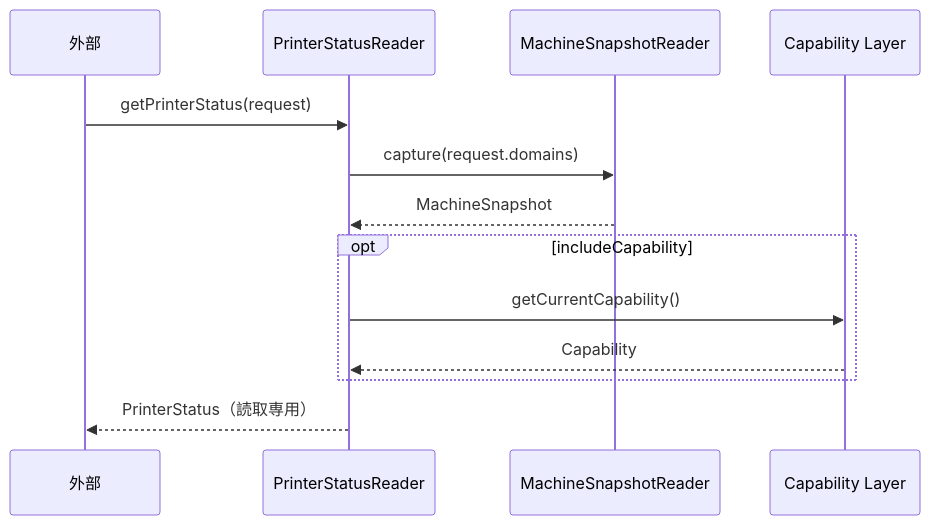
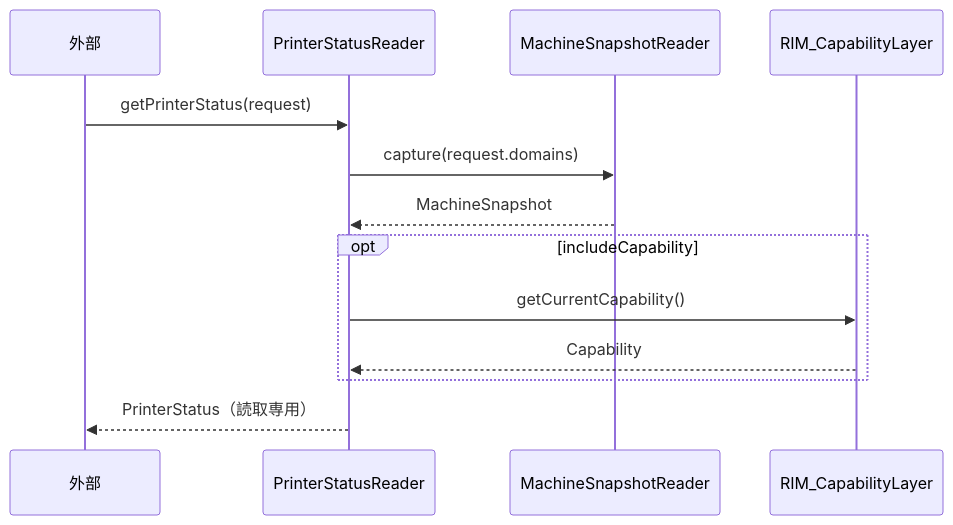
One commit to ceedling-vxworks-test-generator/printer-fw changed the second of 2 diagrams in ex/Accessor/AccessorLayer詳細設計書.md. Above: the diagram before and after it, drawn with Mermaid. The commit also changed other lines of this file and 34 other files, not shown here.

````diff
--- a/ex/Accessor/AccessorLayer詳細設計書.md
+++ b/ex/Accessor/AccessorLayer詳細設計書.md
@@ -78,16 +78,16 @@
 ```mermaid
 sequenceDiagram
     participant Ext as 外部
     participant PSR as PrinterStatusReader
     participant MSR as MachineSnapshotReader
-    participant Cap as Capability Layer
+    participant Cap as RIM_CapabilityLayer
 
     Ext->>PSR: getPrinterStatus(request)
     PSR->>MSR: capture(request.domains)
     MSR-->>PSR: MachineSnapshot
     opt includeCapability
         PSR->>Cap: getCurrentCapability()
         Cap-->>PSR: Capability
     end
     PSR-->>Ext: PrinterStatus（読取専用）
 ```
````
